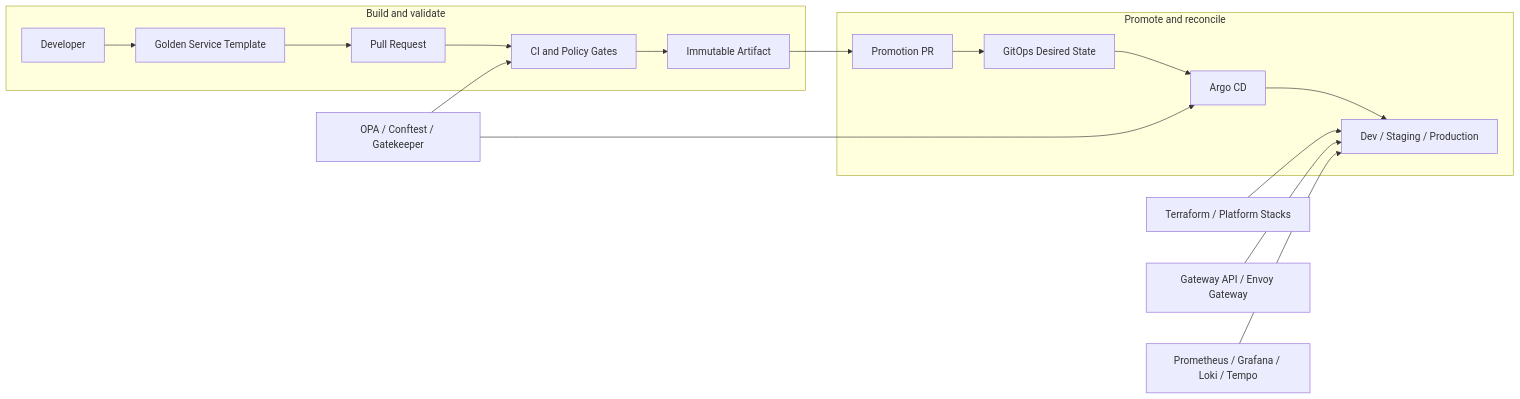
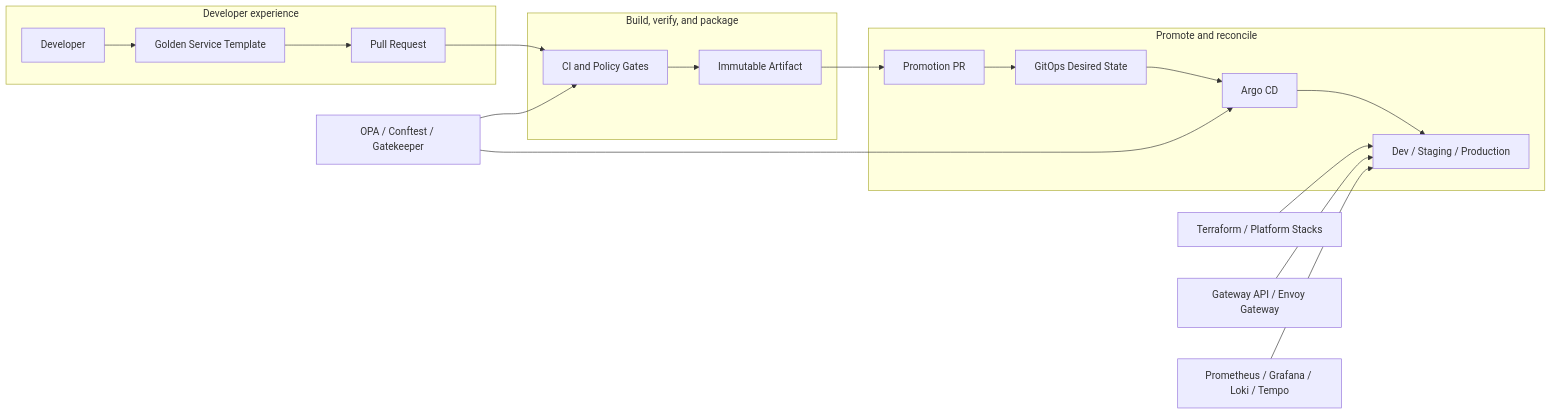
The diagram in README.md (lloga29/goldenPath), drawn with Mermaid before and after one commit. The commit also changed other lines of this file, not shown here.

````diff
--- a/README.md
+++ b/README.md
@@ -46,22 +53,25 @@
 ```mermaid
 flowchart LR
-    subgraph Build[Build and validate]
+    subgraph Experience[Developer experience]
         Dev[Developer] --> Template[Golden Service Template]
         Template --> PR[Pull Request]
+    end
+
+    subgraph SupplyChain[Build, verify, and package]
         PR --> Gates[CI and Policy Gates]
         Gates --> Artifact[Immutable Artifact]
     end
 
-    subgraph Deliver[Promote and reconcile]
+    subgraph Delivery[Promote and reconcile]
         Artifact --> Promotion[Promotion PR]
         Promotion --> GitOps[GitOps Desired State]
         GitOps --> Argo[Argo CD]
         Argo --> Runtime[Dev / Staging / Production]
     end
 
     Guardrails[OPA / Conftest / Gatekeeper] --> Gates
     Guardrails --> Argo
     IaC[Terraform / Platform Stacks] --> Runtime
     Gateway[Gateway API / Envoy Gateway] --> Runtime
     Observability[Prometheus / Grafana / Loki / Tempo] --> Runtime
 ```
````
